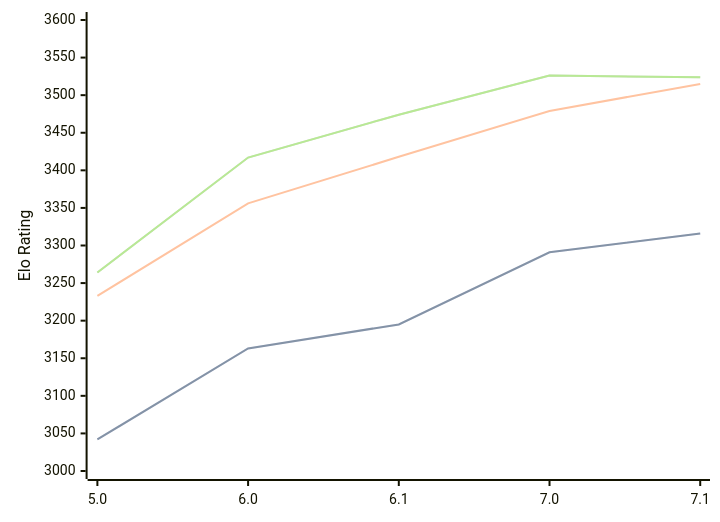
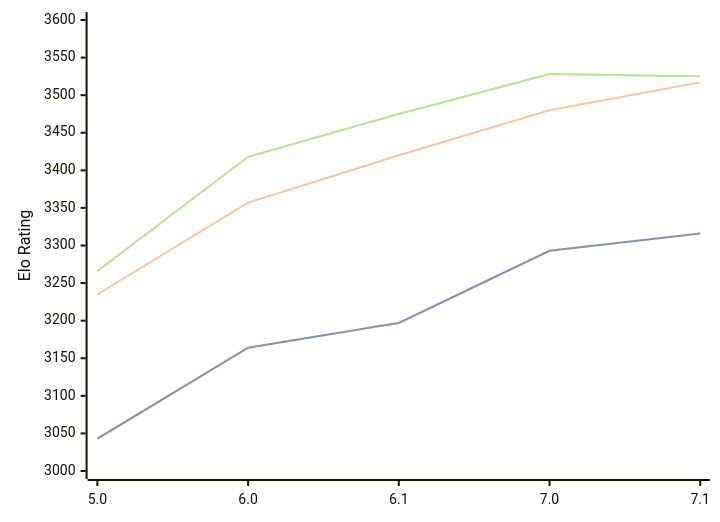
Before and after one commit to computer-chess-index/cci: the diagram in engines/PZChessBot.md, drawn with Mermaid. The commit also changed other lines of this file, not shown here.

Commit message:
Update CCI Ratings (ELO VLTC) - 2026-08-22

````diff
--- a/engines/PZChessBot.md
+++ b/engines/PZChessBot.md
@@ -35,11 +35,11 @@
 ```mermaid
 %%{init: {"theme":"base","themeVariables":{"seriesColors:['#a3a3a3','#222221','#faa371']}}}%%
 xychart-beta
   x-axis ["5.0", "6.0", "6.1", "7.0", "7.1"]
   y-axis "Elo Rating" 3000 --> 3600
-  line "STC (8.0+0.08s)" [3042, 3163, 3195, 3291, 3316]
-  line "STC (8.0+0.08s)" [3042, 3163, 3195, 3291, 3316]
-  line "LTC (60.0+0.60s)" [3233, 3356, 3418, 3479, 3515]
-  line "VLTC (2m24s+1.12s)" [3264, 3417, 3474, 3526, 3524]
-  line "VLTC (2m24s+1.12s)" [3264, 3417, 3474, 3526, 3524]
+  line "STC (8.0+0.08s)" [3043, 3164, 3197, 3293, 3316]
+  line "STC (8.0+0.08s)" [3043, 3164, 3197, 3293, 3316]
+  line "LTC (60.0+0.60s)" [3235, 3357, 3420, 3480, 3517]
+  line "VLTC (2m24s+1.12s)" [3266, 3418, 3475, 3528, 3525]
+  line "VLTC (2m24s+1.12s)" [3266, 3418, 3475, 3528, 3525]
 ```
````
